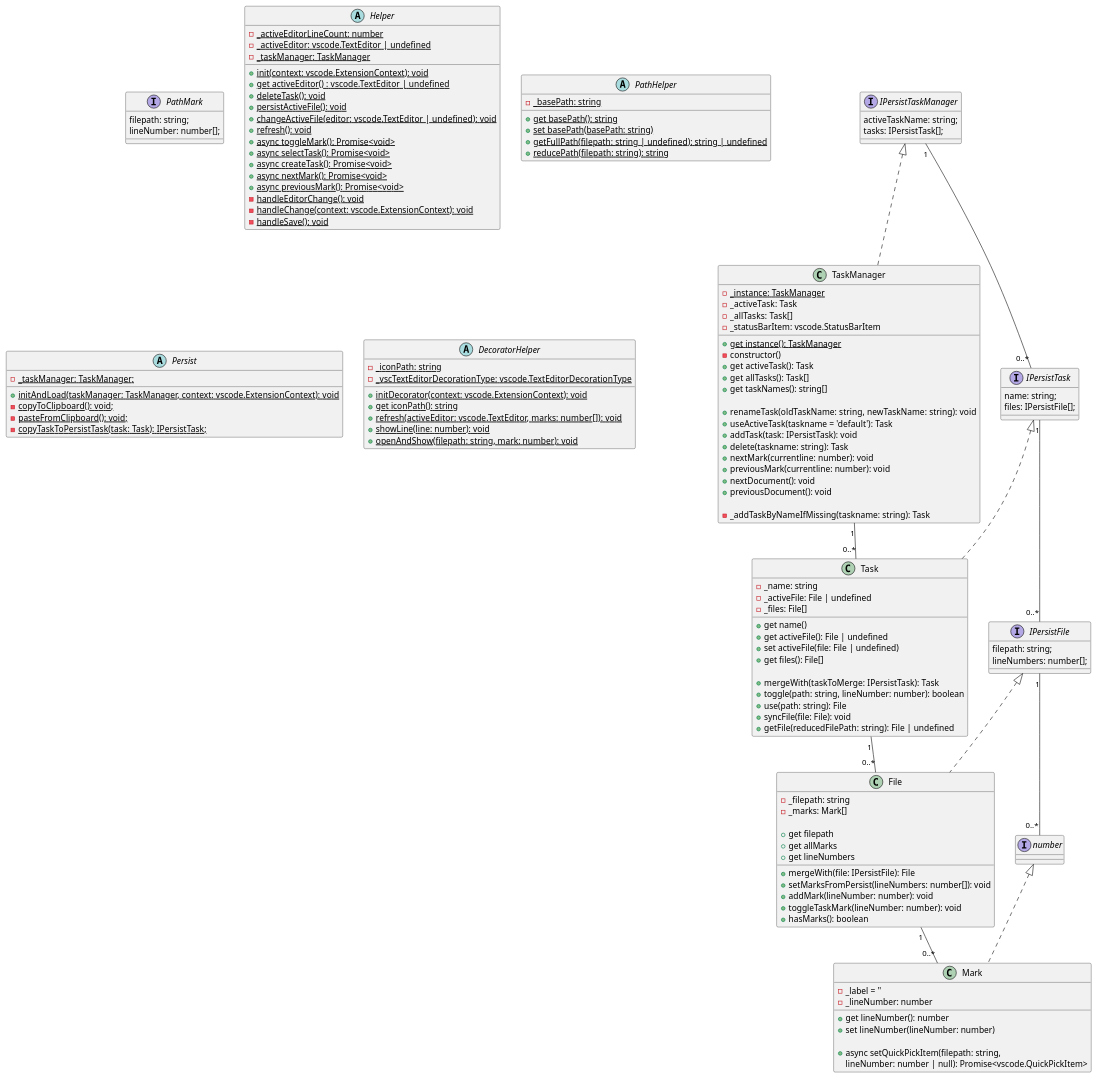
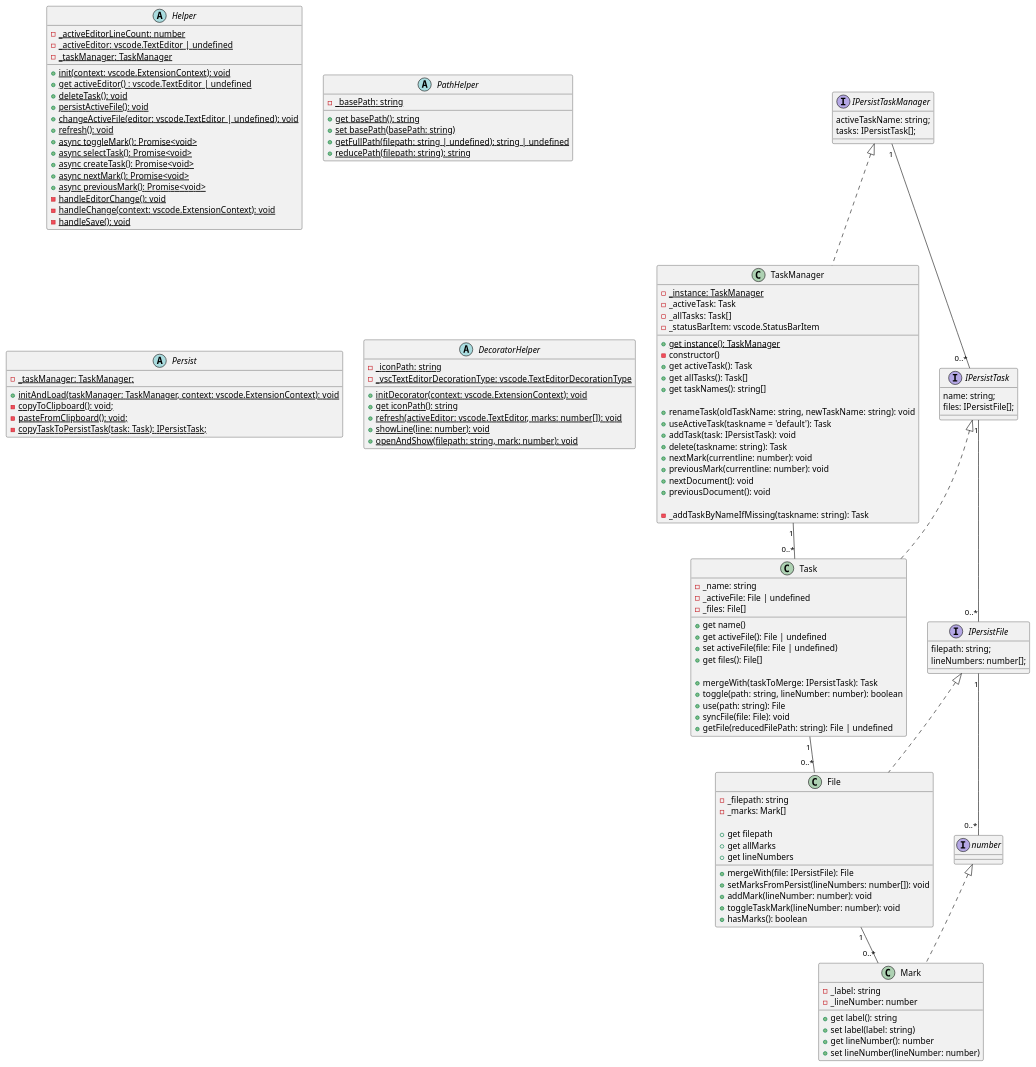
One commit to norbertK/taskmarks changed the diagram in docu/inMemory.puml. Above: the diagram before and after it, drawn with PlantUML. The commit also changed 9 other files, not shown here.

```diff
--- a/docu/inMemory.puml
+++ b/docu/inMemory.puml
@@ -2,153 +2,147 @@
 @startuml
 
 class TaskManager {
     -{static}_instance: TaskManager
     +{static}get instance(): TaskManager
     -constructor()
     -_activeTask: Task
     -_allTasks: Task[]
     -_statusBarItem: vscode.StatusBarItem
 
     +get activeTask(): Task
     +get allTasks(): Task[]
     +get taskNames(): string[]
 
     +renameTask(oldTaskName: string, newTaskName: string): void 
     +useActiveTask(taskname = 'default'): Task
     +addTask(task: IPersistTask): void
     +delete(taskname: string): Task
     +nextMark(currentline: number): void
     +previousMark(currentline: number): void
     +nextDocument(): void
     +previousDocument(): void
 
     -_addTaskByNameIfMissing(taskname: string): Task
 }
 
 class Task {
  -_name: string
  -_activeFile: File | undefined
  -_files: File[]
 
  +get name()
  +get activeFile(): File | undefined
  +set activeFile(file: File | undefined)
  +get files(): File[]
 
  +mergeWith(taskToMerge: IPersistTask): Task
  +toggle(path: string, lineNumber: number): boolean
  +use(path: string): File
  +syncFile(file: File): void
  +getFile(reducedFilePath: string): File | undefined
 }
 
 class File {
  -_filepath: string
  -_marks: Mark[]
 
  +get filepath
  +get allMarks
  +get lineNumbers
 
  +mergeWith(file: IPersistFile): File
  +setMarksFromPersist(lineNumbers: number[]): void
  +addMark(lineNumber: number): void
  +toggleTaskMark(lineNumber: number): void
  +hasMarks(): boolean
 }
 
 class Mark {
- -_label = ''
+ -_label: string
  -_lineNumber: number
 
+ +get label(): string
+ +set label(label: string)
  +get lineNumber(): number
  +set lineNumber(lineNumber: number)
-
- +async setQuickPickItem(filepath: string,
-    lineNumber: number | null): Promise<vscode.QuickPickItem>
 }
 
 TaskManager "1" -- "0..*" Task
 Task "1" -- "0..*" File
 File "1" -- "0..*" Mark
 
 
 interface IPersistTaskManager {
   activeTaskName: string;
   tasks: IPersistTask[];
 }
 
 interface IPersistTask {
   name: string;
   files: IPersistFile[];
 }
 
 interface IPersistFile {
   filepath: string;
   lineNumbers: number[];
 }
 interface number {
-}
-
-interface PathMark {
-  filepath: string;
-  lineNumber: number[];
 }
 
 IPersistTaskManager "1" -- "0..*" IPersistTask
 IPersistTask "1" -- "0..*" IPersistFile
 IPersistFile "1" -- "0..*" number
 
 
 IPersistTaskManager <|.. TaskManager
 IPersistTask <|.. Task
 IPersistFile <|.. File
 number <|.. Mark
 
 abstract class Helper{
     -{static}_activeEditorLineCount: number
     -{static}_activeEditor: vscode.TextEditor | undefined
     -{static}_taskManager: TaskManager
     +{static}init(context: vscode.ExtensionContext): void
     +{static}get activeEditor() : vscode.TextEditor | undefined
     +{static}deleteTask(): void
     +{static}persistActiveFile(): void
     +{static}changeActiveFile(editor: vscode.TextEditor | undefined): void
     +{static}refresh(): void
     +{static}async toggleMark(): Promise<void>
     +{static}async selectTask(): Promise<void>
     +{static}async createTask(): Promise<void>
     +{static}async nextMark(): Promise<void>
     +{static}async previousMark(): Promise<void>
     -{static}handleEditorChange(): void
     -{static}handleChange(context: vscode.ExtensionContext): void
     -{static}handleSave(): void
 }
 
 abstract class PathHelper{
     -{static}_basePath: string
     +{static}get basePath(): string
     +{static}set basePath(basePath: string)
     +{static}getFullPath(filepath: string | undefined): string | undefined
     +{static}reducePath(filepath: string): string
 }
 
 abstract class Persist{
     -{static}_taskManager: TaskManager;
     +{static}initAndLoad(taskManager: TaskManager, context: vscode.ExtensionContext): void
     -{static}copyToClipboard(): void;
     -{static}pasteFromClipboard(): void;
     -{static}copyTaskToPersistTask(task: Task): IPersistTask;
 }
 
 abstract class DecoratorHelper{
     -{static}_iconPath: string
     -{static}_vscTextEditorDecorationType: vscode.TextEditorDecorationType
     +{static}initDecorator(context: vscode.ExtensionContext): void
     +{static}get iconPath(): string
     +{static}refresh(activeEditor: vscode.TextEditor, marks: number[]): void
     +{static}showLine(line: number): void
     +{static}openAndShow(filepath: string, mark: number): void
 }
 
 @enduml
```
